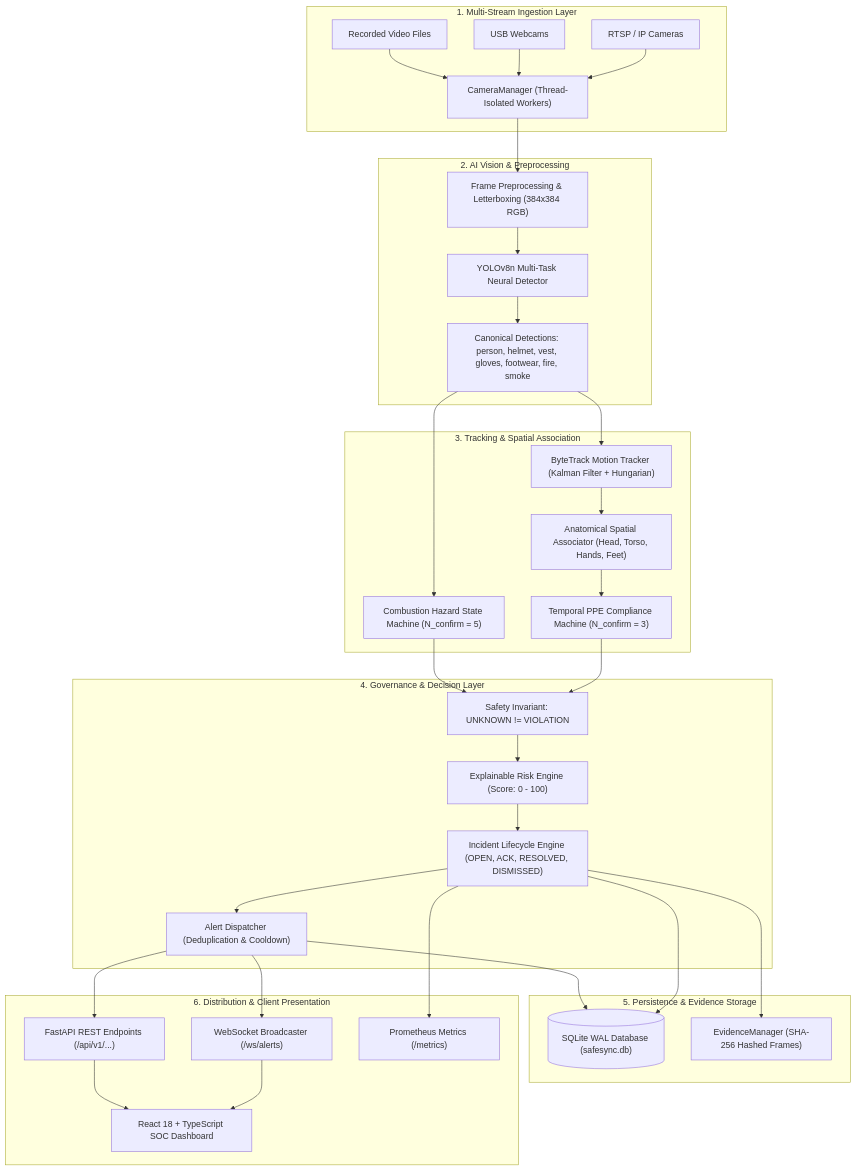
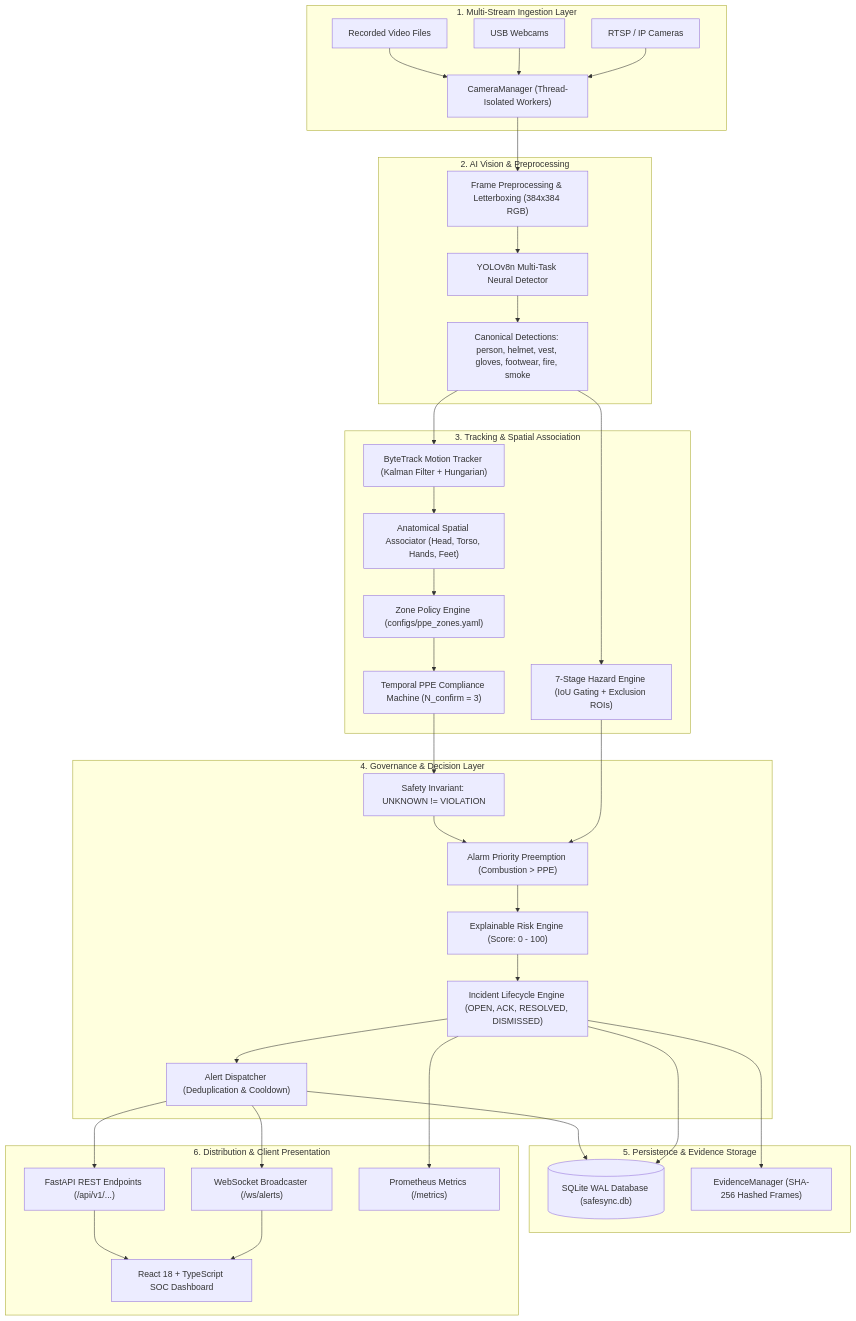
The first of 6 diagrams in README.md (SMRU08/SafeSync), drawn with Mermaid before and after one commit. The commit also changed other lines of this file and 4 other files, not shown here.

Commit message:
docs: professionalize repository presentation, update badges, 7-stage hazard pipeline, and 250 verified tests

````diff
--- a/README.md
+++ b/README.md
@@ -82,64 +83,68 @@
 ```mermaid
 flowchart TD
     subgraph INGESTION["1. Multi-Stream Ingestion Layer"]
         CAM_RTSP["RTSP / IP Cameras"]
         CAM_USB["USB Webcams"]
         CAM_FILE["Recorded Video Files"]
         MGR["CameraManager (Thread-Isolated Workers)"]
         CAM_RTSP --> MGR
         CAM_USB --> MGR
         CAM_FILE --> MGR
     end
 
     subgraph INFERENCE["2. AI Vision & Preprocessing"]
         PRE["Frame Preprocessing & Letterboxing (384x384 RGB)"]
         YOLO["YOLOv8n Multi-Task Neural Detector"]
         DETS["Canonical Detections: person, helmet, vest, gloves, footwear, fire, smoke"]
         MGR --> PRE
         PRE --> YOLO
         YOLO --> DETS
     end
 
     subgraph TRACKING_ASSOC["3. Tracking & Spatial Association"]
         TRACK["ByteTrack Motion Tracker (Kalman Filter + Hungarian)"]
         ASSOC["Anatomical Spatial Associator (Head, Torso, Hands, Feet)"]
+        ZONE_POL["Zone Policy Engine (configs/ppe_zones.yaml)"]
         TEMP_PPE["Temporal PPE Compliance Machine (N_confirm = 3)"]
-        TEMP_HAZ["Combustion Hazard State Machine (N_confirm = 5)"]
+        TEMP_HAZ["7-Stage Hazard Engine (IoU Gating + Exclusion ROIs)"]
         DETS --> TRACK
         TRACK --> ASSOC
-        ASSOC --> TEMP_PPE
+        ASSOC --> ZONE_POL
+        ZONE_POL --> TEMP_PPE
         DETS --> TEMP_HAZ
     end
 
     subgraph GOVERNANCE["4. Governance & Decision Layer"]
         NORM["Safety Invariant: UNKNOWN != VIOLATION"]
+        ALARM_PRIO["Alarm Priority Preemption (Combustion > PPE)"]
         RISK["Explainable Risk Engine (Score: 0 - 100)"]
         INC["Incident Lifecycle Engine (OPEN, ACK, RESOLVED, DISMISSED)"]
         ALERT["Alert Dispatcher (Deduplication & Cooldown)"]
         TEMP_PPE --> NORM
-        TEMP_HAZ --> NORM
-        NORM --> RISK
+        TEMP_HAZ --> ALARM_PRIO
+        NORM --> ALARM_PRIO
+        ALARM_PRIO --> RISK
         RISK --> INC
         INC --> ALERT
     end
 
     subgraph PERSISTENCE["5. Persistence & Evidence Storage"]
         DB[("SQLite WAL Database (safesync.db)")]
         EVID["EvidenceManager (SHA-256 Hashed Frames)"]
         INC --> DB
         ALERT --> DB
         INC --> EVID
     end
 
     subgraph PRESENTATION["6. Distribution & Client Presentation"]
         REST["FastAPI REST Endpoints (/api/v1/...)"]
         WS["WebSocket Broadcaster (/ws/alerts)"]
         DASH["React 18 + TypeScript SOC Dashboard"]
         PROM["Prometheus Metrics (/metrics)"]
         ALERT --> WS
         ALERT --> REST
         WS --> DASH
         REST --> DASH
         INC --> PROM
     end
 ```
````
